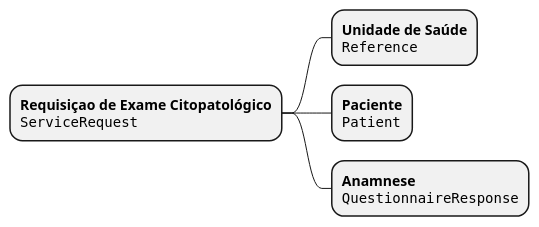
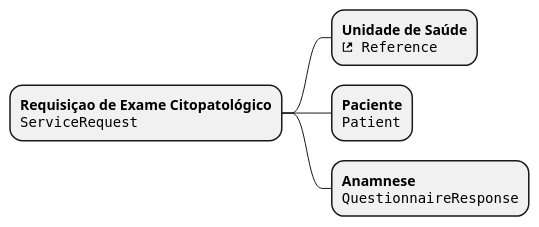
The diagram in input/images-source/requisicao.plantuml (kyriosdata/farol), drawn with PlantUML before and after one commit. The commit also changed 2 other files, not shown here.

```diff
--- a/input/images-source/requisicao.plantuml
+++ b/input/images-source/requisicao.plantuml
@@ -1,8 +1,8 @@
-@startmindmap servicerequest
+@startmindmap requisicao
 
 + **Requisiçao de Exame Citopatológico**\n""ServiceRequest""
-++ **Unidade de Saúde**\n""Reference""
+++ **Unidade de Saúde**\n<&external-link>"" Reference""
 ++ **Paciente**\n""Patient""
 ++ **Anamnese**\n""QuestionnaireResponse""
 
 @enduml
```
